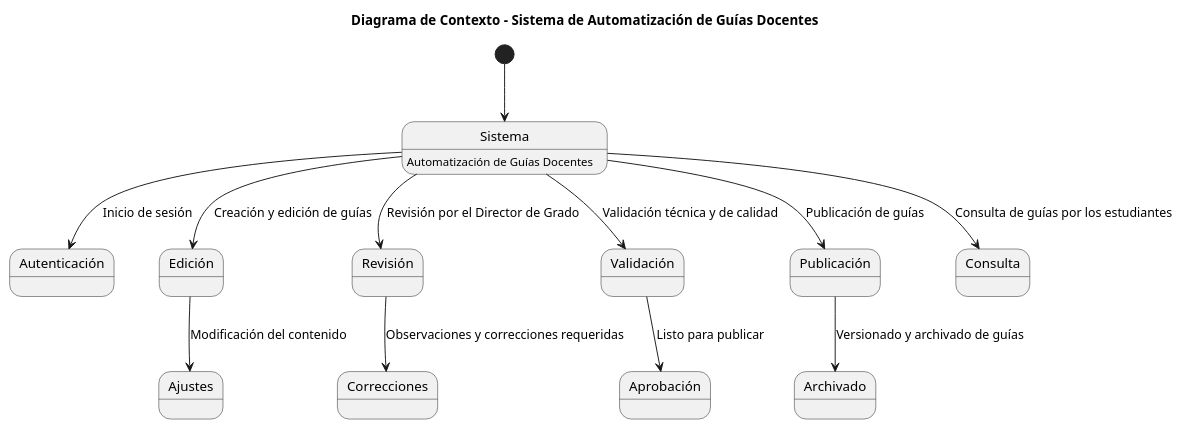
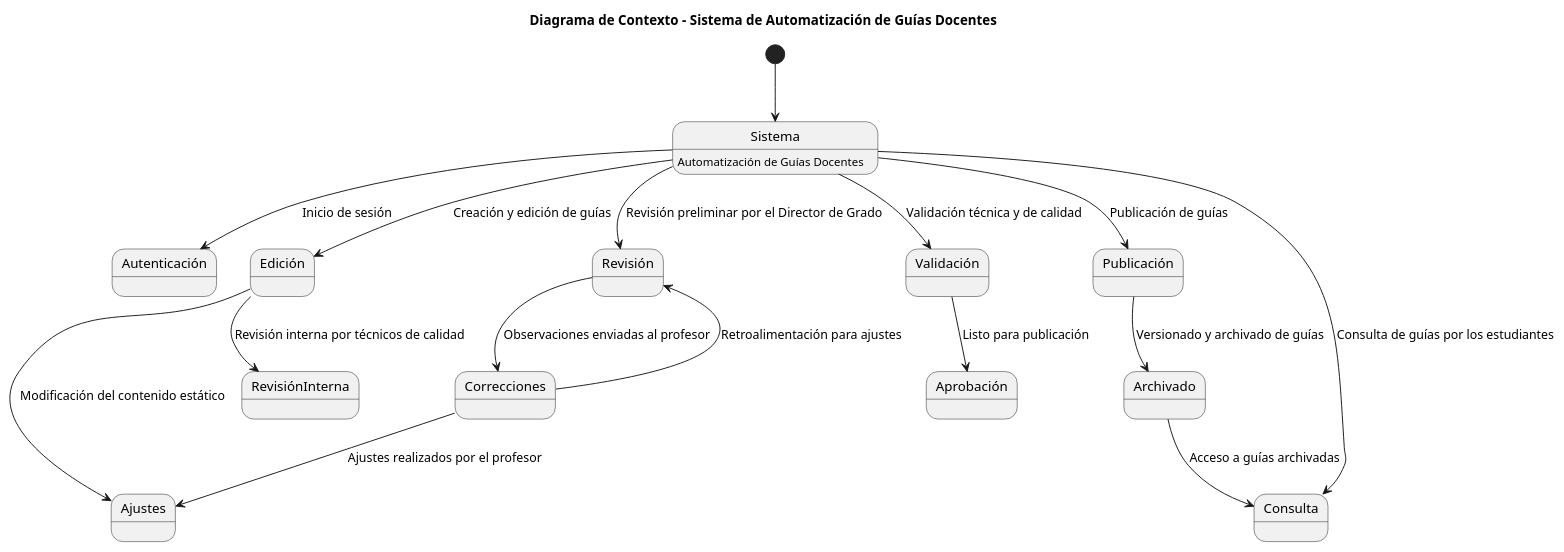
One commit to mmasias/24-25-IdSw1-SDR changed the diagram in CasosDeUso/diagramaDeContexto/DiagramaDeContexto.puml. Above: the diagram before and after it, drawn with PlantUML.

Commit message:
DiagramaDeContexto cuarta iteracion

```diff
--- a/CasosDeUso/diagramaDeContexto/DiagramaDeContexto.puml
+++ b/CasosDeUso/diagramaDeContexto/DiagramaDeContexto.puml
@@ -1,19 +1,31 @@
 @startuml Diagrama_de_Contexto
 title Diagrama de Contexto - Sistema de Automatización de Guías Docentes
 
 [*] --> Sistema
 Sistema : Automatización de Guías Docentes
 
+' Flujos principales
 Sistema --> Autenticación : Inicio de sesión
 Sistema --> Edición : Creación y edición de guías
-Sistema --> Revisión : Revisión por el Director de Grado
+Sistema --> Revisión : Revisión preliminar por el Director de Grado
 Sistema --> Validación : Validación técnica y de calidad
 Sistema --> Publicación : Publicación de guías
 Sistema --> Consulta : Consulta de guías por los estudiantes
 
-Edición --> Ajustes : Modificación del contenido
-Revisión --> Correcciones : Observaciones y correcciones requeridas
-Validación --> Aprobación : Listo para publicar
+' Subprocesos de Edición
+Edición --> Ajustes : Modificación del contenido estático
+Edición --> RevisiónInterna : Revisión interna por técnicos de calidad
+
+' Subprocesos de Revisión
+Revisión --> Correcciones : Observaciones enviadas al profesor
+Correcciones --> Ajustes : Ajustes realizados por el profesor
+Correcciones --> Revisión : Retroalimentación para ajustes
+
+' Validación final
+Validación --> Aprobación : Listo para publicación
+
+' Publicación y archivado
 Publicación --> Archivado : Versionado y archivado de guías
+Archivado --> Consulta : Acceso a guías archivadas
 
 @enduml
```
